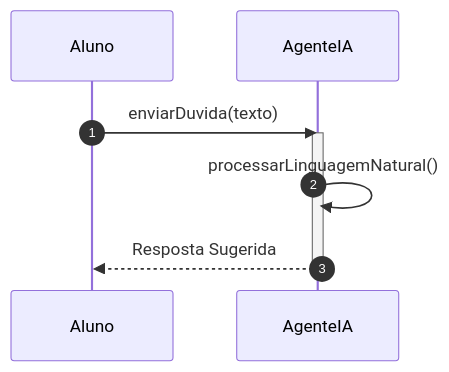
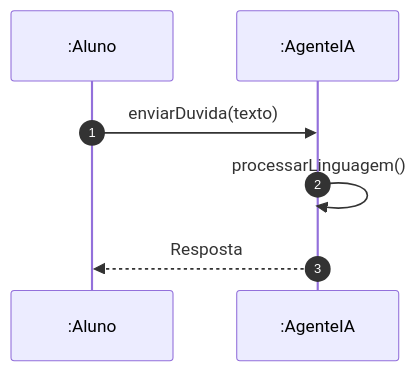
One commit to MayconDIS/PIM_III-Documentacao_UML changed the second of 2 diagrams in PIM_III/02_Modelagem_UML_Astah/UC08_Consultar_Agente_IA/README.md. Above: the diagram before and after it, drawn with Mermaid. The commit also changed other lines of this file and 17 other files, not shown here.

````diff
--- a/PIM_III/02_Modelagem_UML_Astah/UC08_Consultar_Agente_IA/README.md
+++ b/PIM_III/02_Modelagem_UML_Astah/UC08_Consultar_Agente_IA/README.md
@@ -44,11 +44,9 @@
 ```mermaid
 sequenceDiagram
     autonumber
-    participant A as Aluno
-    participant IA as AgenteIA
+    participant A as :Aluno
+    participant IA as :AgenteIA
     A->>IA: enviarDuvida(texto)
-    activate IA
-    IA->>IA: processarLinguagemNatural()
-    IA-->>A: Resposta Sugerida
-    deactivate IA
+    IA->>IA: processarLinguagem()
+    IA-->>A: Resposta
 ```
````
